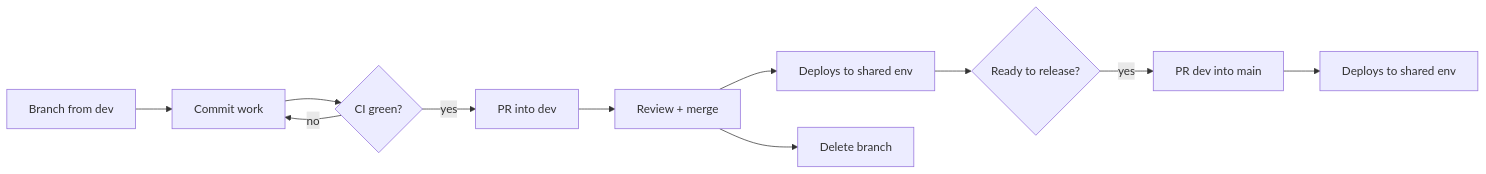
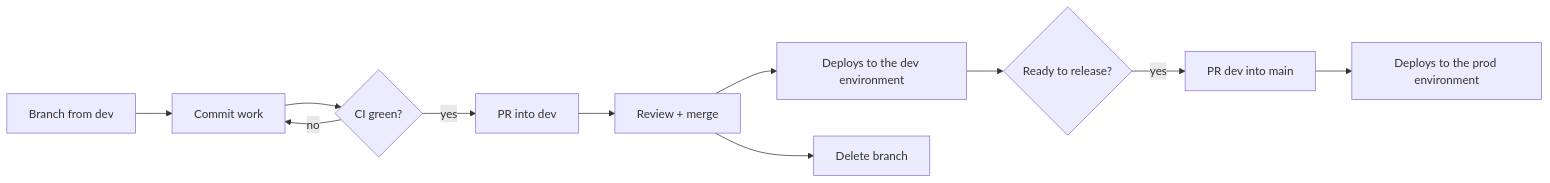
One commit to Uygnis/NUS-ISS-ASS-Practice-Module changed the second of 2 diagrams in docs/branching-strategy.md. Above: the diagram before and after it, drawn with Mermaid. The commit also changed other lines of this file and 76 other files, not shown here.

````diff
--- a/docs/branching-strategy.md
+++ b/docs/branching-strategy.md
@@ -40,13 +40,13 @@
 ```mermaid
 flowchart LR
     A[Branch from dev] --> B[Commit work]
     B --> C{CI green?}
     C -->|no| B
     C -->|yes| D[PR into dev]
     D --> E[Review + merge]
-    E --> F[Deploys to shared env]
+    E --> F[Deploys to the dev environment]
     E --> G[Delete branch]
     F --> H{Ready to release?}
     H -->|yes| I[PR dev into main]
-    I --> J[Deploys to shared env]
+    I --> J[Deploys to the prod environment]
 ```
````
